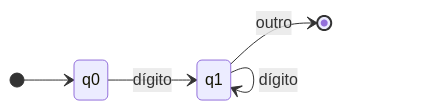
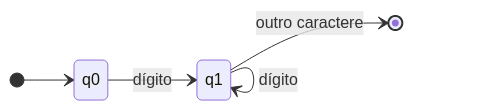
Before and after one commit to joaoLopesLenharo/compilador-pilang: the second of 8 diagrams in README.md, drawn with Mermaid. The commit also changed other lines of this file and 14 other files, not shown here.

````diff
--- a/README.md
+++ b/README.md
@@ -171,8 +222,8 @@
 ```mermaid
 stateDiagram-v2
     direction LR
     [*] --> q0
     q0 --> q1: dígito
     q1 --> q1: dígito
-    q1 --> [*]: outro
+    q1 --> [*]: outro caractere
 ```
````
